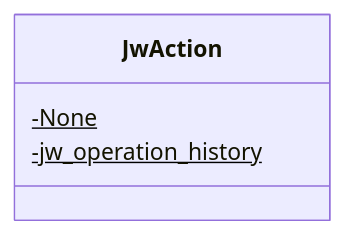
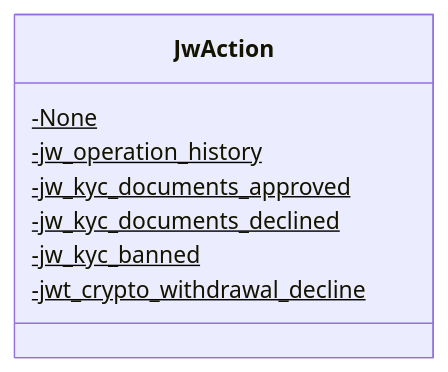
The first of 27 diagrams in CODE_METRICS.md (MyJetWallet/MyJetWallet.DynamicLinkGenerator), drawn with Mermaid before and after one commit. The commit also changed other lines of this file, not shown here.

````diff
--- a/CODE_METRICS.md
+++ b/CODE_METRICS.md
@@ -871,8 +879,12 @@
 ```mermaid
 classDiagram
 class JwAction{
     -None$
     -jw_operation_history$
+    -jw_kyc_documents_approved$
+    -jw_kyc_documents_declined$
+    -jw_kyc_banned$
+    -jwt_crypto_withdrawal_decline$
 }
 
 ```
````
